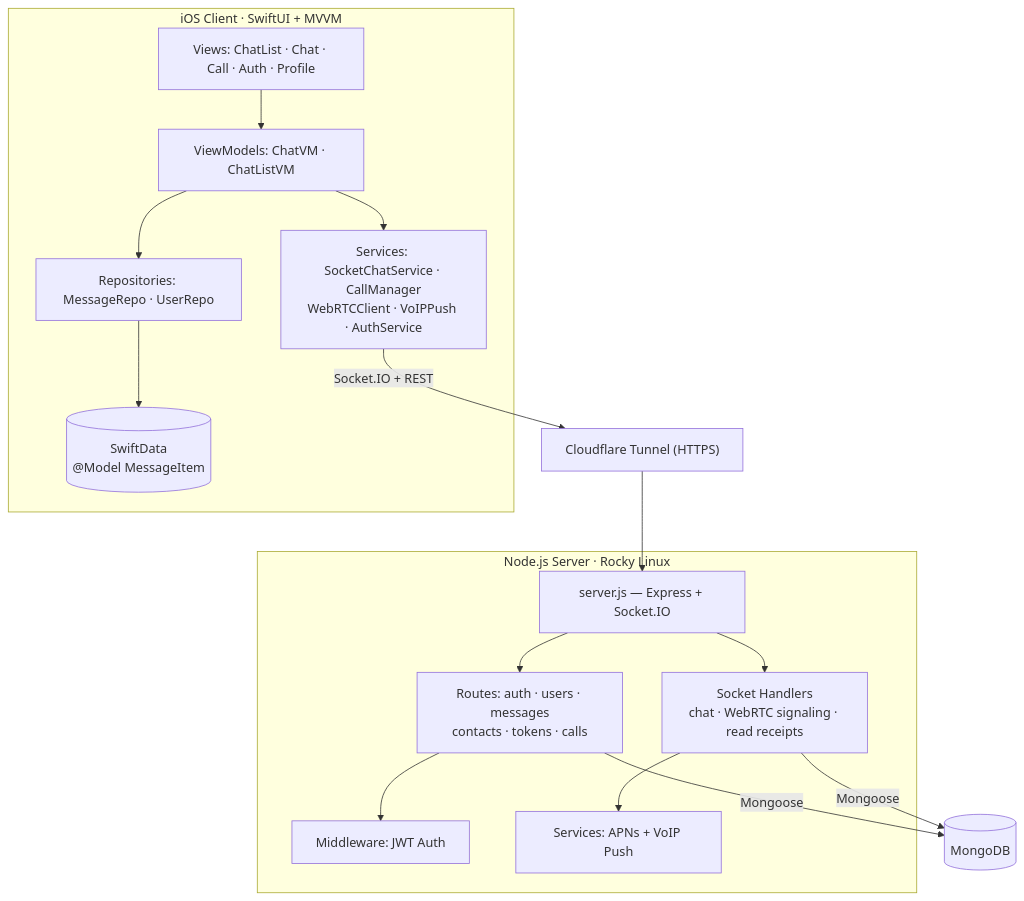
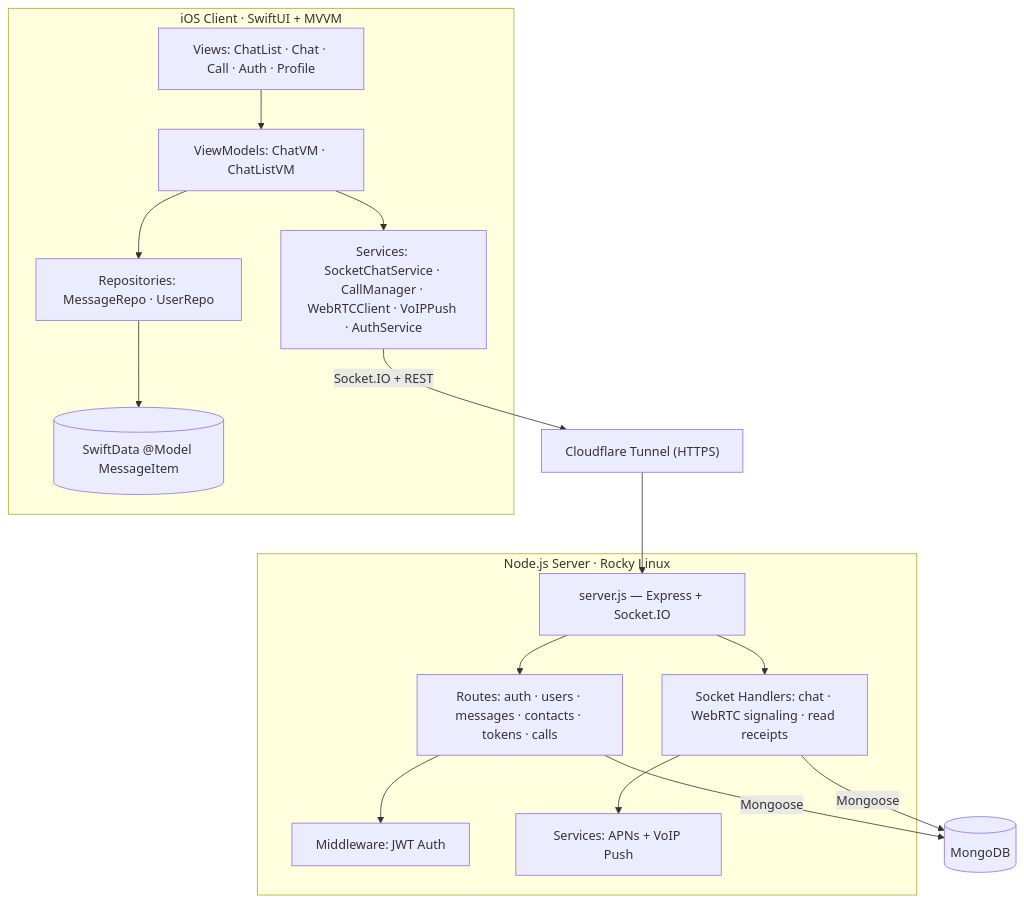
The first of 6 diagrams in README.md (denizyakar/SoniApp), drawn with Mermaid before and after one commit. The commit also changed other lines of this file, not shown here.

````diff
--- a/README.md
+++ b/README.md
@@ -62,29 +62,29 @@
 ```mermaid
 graph TD
     subgraph iOS["iOS Client · SwiftUI + MVVM"]
         Views["Views: ChatList · Chat · Call · Auth · Profile"]
         VM["ViewModels: ChatVM · ChatListVM"]
-        Services["Services: SocketChatService · CallManager\nWebRTCClient · VoIPPush · AuthService"]
+        Services["Services: SocketChatService · CallManager · WebRTCClient · VoIPPush · AuthService"]
         Repo["Repositories: MessageRepo · UserRepo"]
-        SD[("SwiftData\n@Model MessageItem")]
+        SD[("SwiftData @Model MessageItem")]
     end
 
     Views --> VM --> Services
     VM --> Repo --> SD
 
     Services -->|"Socket.IO + REST"| CF["Cloudflare Tunnel (HTTPS)"]
     CF --> Entry
 
     subgraph Server["Node.js Server · Rocky Linux"]
         Entry["server.js — Express + Socket.IO"]
-        Routes["Routes: auth · users · messages\ncontacts · tokens · calls"]
-        SocketH["Socket Handlers\nchat · WebRTC signaling · read receipts"]
+        Routes["Routes: auth · users · messages · contacts · tokens · calls"]
+        SocketH["Socket Handlers: chat · WebRTC signaling · read receipts"]
         MW["Middleware: JWT Auth"]
         Notif["Services: APNs + VoIP Push"]
     end
 
     Entry --> Routes & SocketH
     Routes --> MW
     SocketH --> Notif
     Routes & SocketH -->|"Mongoose"| DB[("MongoDB")]
 ```
````
